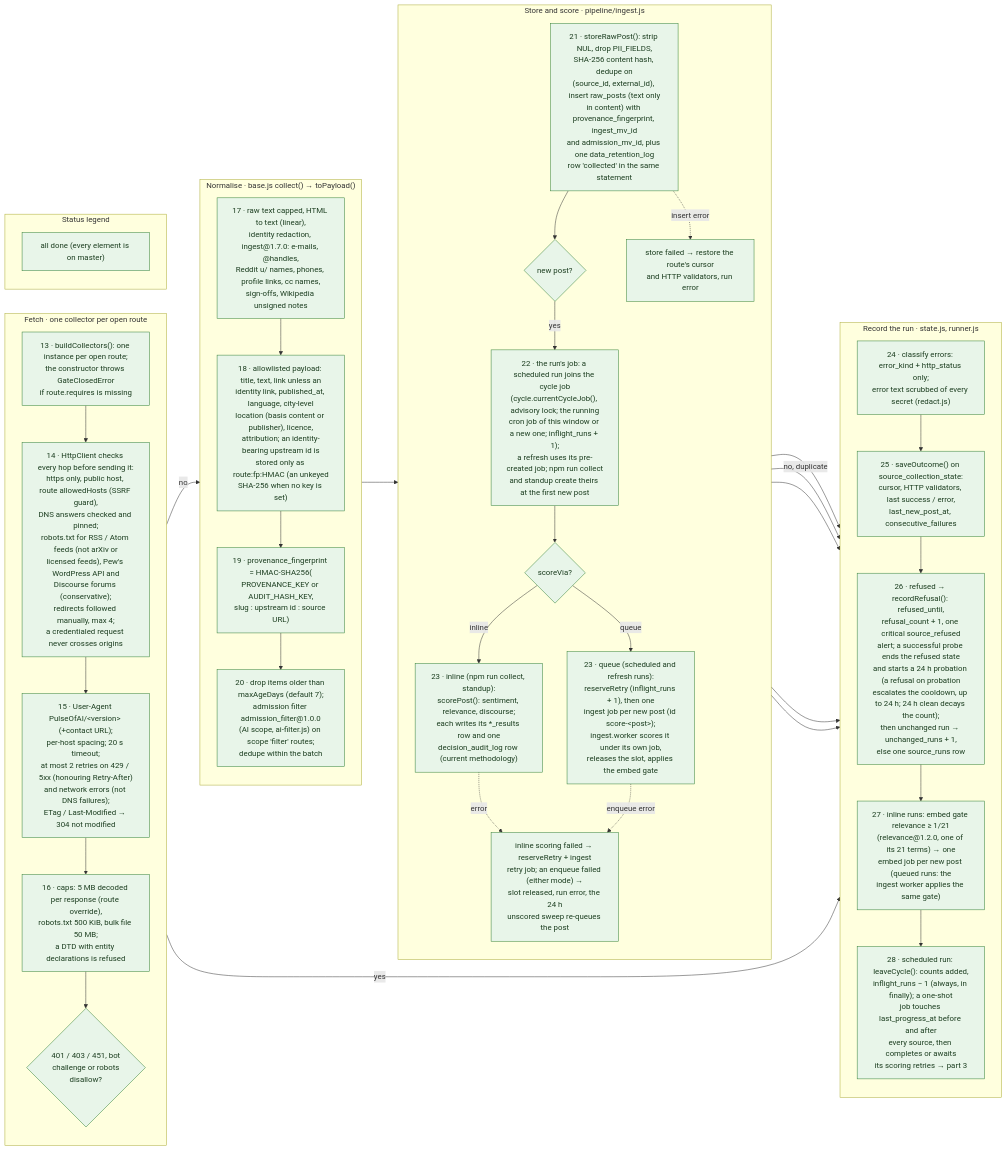
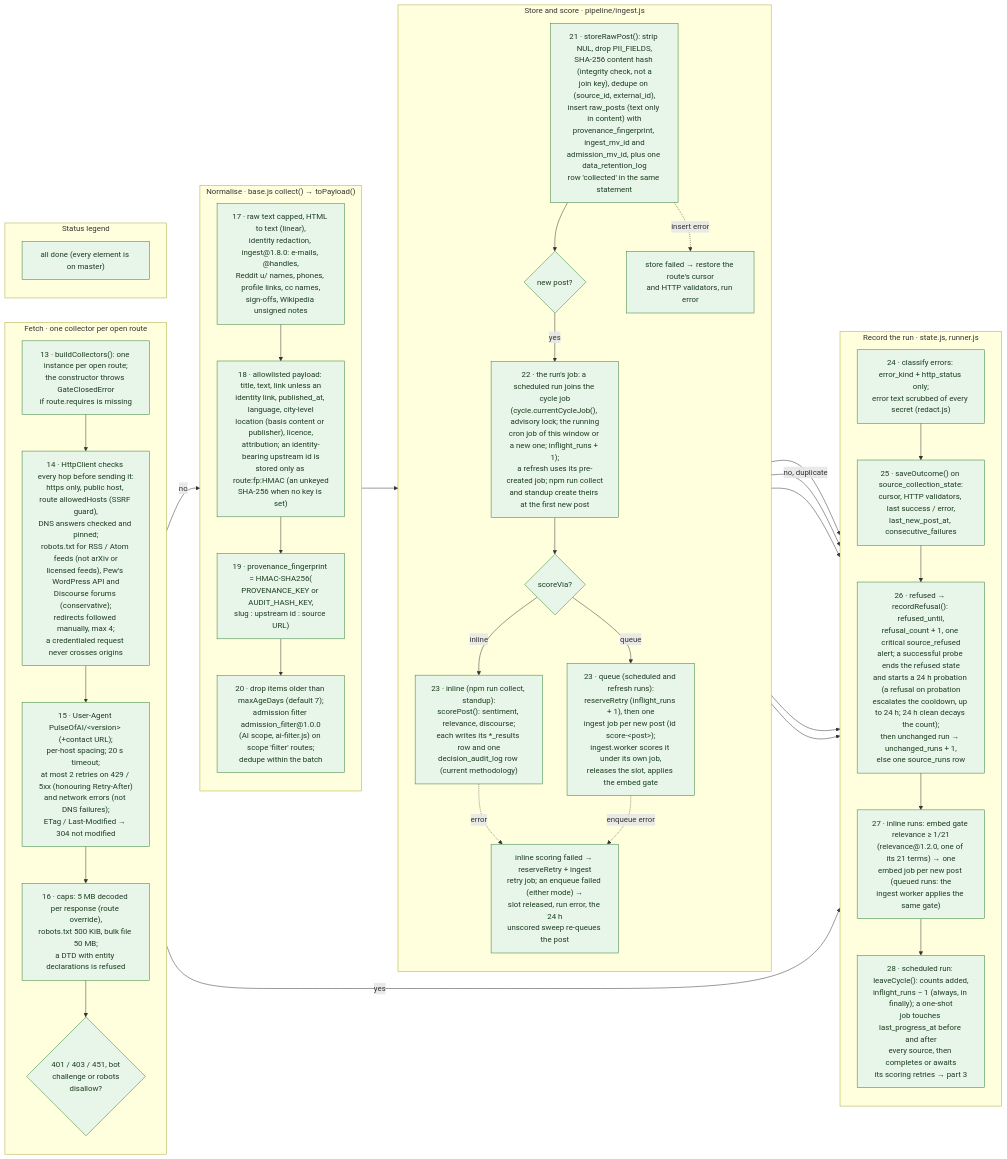
The diagram in docs/diagrams/flows/collection-2-fetch-store-score.mmd (jennifer-mckinney/pulse-of-ai), drawn with Mermaid before and after one commit. The commit also changed 25 other files, not shown here.

First line of the commit message:
Reconcile diagrams with #38: ingest@1.8.0, audit_narration@1.4.0, migration 066

```diff
--- a/docs/diagrams/flows/collection-2-fetch-store-score.mmd
+++ b/docs/diagrams/flows/collection-2-fetch-store-score.mmd
@@ -1,67 +1,67 @@
 %% Title: Collection cycle · part 2 of 3 · fetch, normalise, store, score
 %% Summary: What one open route of a claimed source does: the guarded HTTP fetch, normalisation with redaction, the admission filter and the provenance fingerprint, storage with the ingest and admission versions, scoring (ingest queue for scheduled and refresh runs, inline for npm run collect and standup) with audit rows, and the run record.
 %% Sources: src/collectors/{index,base,http,netguard,transport,robots,normalize,identity,provenance,errors,redact,state,refusal,cycle,runner,ai-filter}.js, src/workers/{collect,ingest}.worker.js, src/pipeline/{ingest,sentiment,relevance,discourse,methodology}.js, src/config/methodology-registry.js; migrations 022, 031, 040, 042, 062. Spec: TECHNICAL_SPEC.md section 8 (PII handling, provenance); ADR 0001 (terms and politeness, D2); PR #22 decision G6.
 flowchart LR
 
   subgraph FETCH["Fetch · one collector per open route"]
     direction TB
     F1["13 · buildCollectors(): one instance per open route;<br/>the constructor throws GateClosedError<br/>if route.requires is missing"]:::done
     F2["14 · HttpClient checks every hop before sending it:<br/>https only, public host, route allowedHosts (SSRF guard),<br/>DNS answers checked and pinned;<br/>robots.txt for RSS / Atom feeds (not arXiv or<br/>licensed feeds), Pew's WordPress API and<br/>Discourse forums (conservative);<br/>redirects followed manually, max 4;<br/>a credentialed request never crosses origins"]:::done
     F3["15 · User-Agent PulseOfAI/#lt;version#gt; (+contact URL);<br/>per-host spacing; 20 s timeout;<br/>at most 2 retries on 429 / 5xx (honouring Retry-After)<br/>and network errors (not DNS failures);<br/>ETag / Last-Modified → 304 not modified"]:::done
     F4["16 · caps: 5 MB decoded per response (route override),<br/>robots.txt 500 KiB, bulk file 50 MB;<br/>a DTD with entity declarations is refused"]:::done
     F5{"401 / 403 / 451, bot<br/>challenge or robots<br/>disallow?"}:::done
     F1 --> F2 --> F3 --> F4 --> F5
   end
 
   subgraph NORM["Normalise · base.js collect() → toPayload()"]
     direction TB
-    N1["17 · raw text capped, HTML to text (linear),<br/>identity redaction, ingest@1.7.0: e-mails, @handles,<br/>Reddit u/ names, phones, profile links, cc names,<br/>sign-offs, Wikipedia unsigned notes"]:::done
+    N1["17 · raw text capped, HTML to text (linear),<br/>identity redaction, ingest@1.8.0: e-mails, @handles,<br/>Reddit u/ names, phones, profile links, cc names,<br/>sign-offs, Wikipedia unsigned notes"]:::done
     N2["18 · allowlisted payload: title, text, link unless an<br/>identity link, published_at, language, city-level<br/>location (basis content or publisher), licence,<br/>attribution; an identity-bearing upstream id is<br/>stored only as route:fp:HMAC (an unkeyed<br/>SHA-256 when no key is set)"]:::done
     N3["19 · provenance_fingerprint = HMAC-SHA256(<br/>PROVENANCE_KEY or AUDIT_HASH_KEY,<br/>slug : upstream id : source URL)"]:::done
     N4["20 · drop items older than maxAgeDays (default 7);<br/>admission filter admission_filter@1.0.0<br/>(AI scope, ai-filter.js) on scope 'filter' routes;<br/>dedupe within the batch"]:::done
     N1 --> N2 --> N3 --> N4
   end
 
   subgraph STORE["Store and score · pipeline/ingest.js"]
     direction TB
-    T1["21 · storeRawPost(): strip NUL, drop PII_FIELDS,<br/>SHA-256 content hash, dedupe on<br/>(source_id, external_id), insert raw_posts (text only<br/>in content) with provenance_fingerprint, ingest_mv_id<br/>and admission_mv_id, plus one data_retention_log<br/>row 'collected' in the same statement"]:::done
+    T1["21 · storeRawPost(): strip NUL, drop PII_FIELDS,<br/>SHA-256 content hash (integrity check, not a<br/>join key), dedupe on (source_id, external_id),<br/>insert raw_posts (text only in content) with<br/>provenance_fingerprint, ingest_mv_id and<br/>admission_mv_id, plus one data_retention_log<br/>row 'collected' in the same statement"]:::done
     T2{"new post?"}:::done
     T3["22 · the run's job: a scheduled run joins the cycle job<br/>(cycle.currentCycleJob(), advisory lock; the running<br/>cron job of this window or a new one; inflight_runs + 1);<br/>a refresh uses its pre-created job; npm run collect<br/>and standup create theirs at the first new post"]:::done
     T7{"scoreVia?"}:::done
     T4["23 · queue (scheduled and refresh runs):<br/>reserveRetry (inflight_runs + 1), then one<br/>ingest job per new post (id score-#lt;post#gt;);<br/>ingest.worker scores it under its own job,<br/>releases the slot, applies the embed gate"]:::done
     T8["23 · inline (npm run collect, standup):<br/>scorePost(): sentiment, relevance, discourse;<br/>each writes its *_results row and one<br/>decision_audit_log row (current methodology)"]:::done
     T5["inline scoring failed → reserveRetry + ingest<br/>retry job; an enqueue failed (either mode) →<br/>slot released, run error, the 24 h<br/>unscored sweep re-queues the post"]:::done
     T6["store failed → restore the route's cursor<br/>and HTTP validators, run error"]:::done
     T1 --> T2
     T2 -- yes --> T3 --> T7
     T7 -- queue --> T4
     T7 -- inline --> T8
   end
 
   subgraph RECORD["Record the run · state.js, runner.js"]
     direction TB
     V1["24 · classify errors: error_kind + http_status only;<br/>error text scrubbed of every secret (redact.js)"]:::done
     V2["25 · saveOutcome() on source_collection_state:<br/>cursor, HTTP validators, last success / error,<br/>last_new_post_at, consecutive_failures"]:::done
     V3["26 · refused → recordRefusal(): refused_until,<br/>refusal_count + 1, one critical source_refused<br/>alert; a successful probe ends the refused state<br/>and starts a 24 h probation (a refusal on probation<br/>escalates the cooldown, up to 24 h; 24 h clean decays the count);<br/>then unchanged run → unchanged_runs + 1,<br/>else one source_runs row"]:::done
     V4["27 · inline runs: embed gate relevance ≥ 1/21<br/>(relevance@1.2.0, one of its 21 terms) → one<br/>embed job per new post (queued runs: the<br/>ingest worker applies the same gate)"]:::done
     V5["28 · scheduled run: leaveCycle(): counts added,<br/>inflight_runs − 1 (always, in finally); a one-shot<br/>job touches last_progress_at before and after<br/>every source, then completes or awaits<br/>its scoring retries → part 3"]:::done
     V1 --> V2 --> V3 --> V4 --> V5
   end
 
   subgraph LEGEND["Status legend"]
     L1["all done (every element is on master)"]:::done
   end
 
   F5 -- yes --> V1
   F5 -- no --> N1
   N4 --> T1
   T1 -. "insert error" .-> T6 --> V1
   T2 -- "no, duplicate" --> V1
   T8 -. "error" .-> T5
   T4 -. "enqueue error" .-> T5
   T5 --> V1
   T4 --> V1
   T8 --> V1
 
   classDef done fill:#e8f5e9,stroke:#2e7d32,color:#1b3d1f
   classDef planned fill:#f2f2f2,stroke:#8a8a8a,color:#4a4a4a,stroke-dasharray:2 3
```
